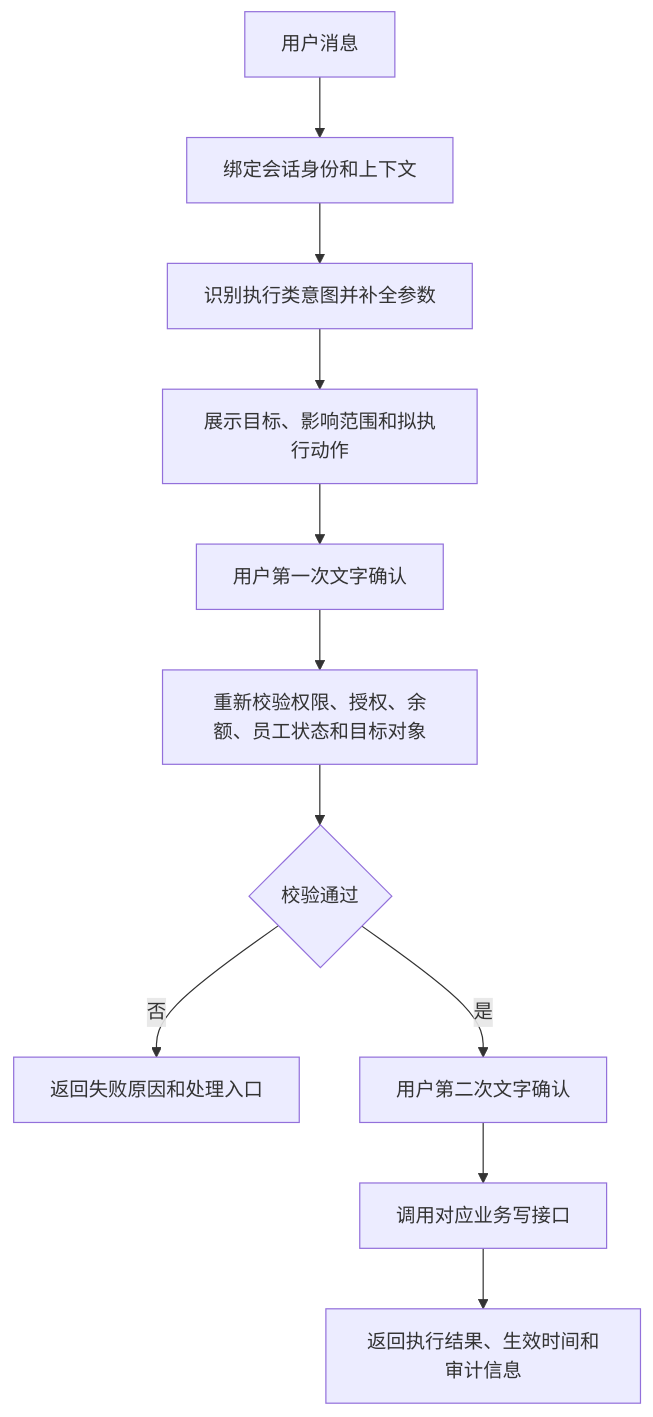
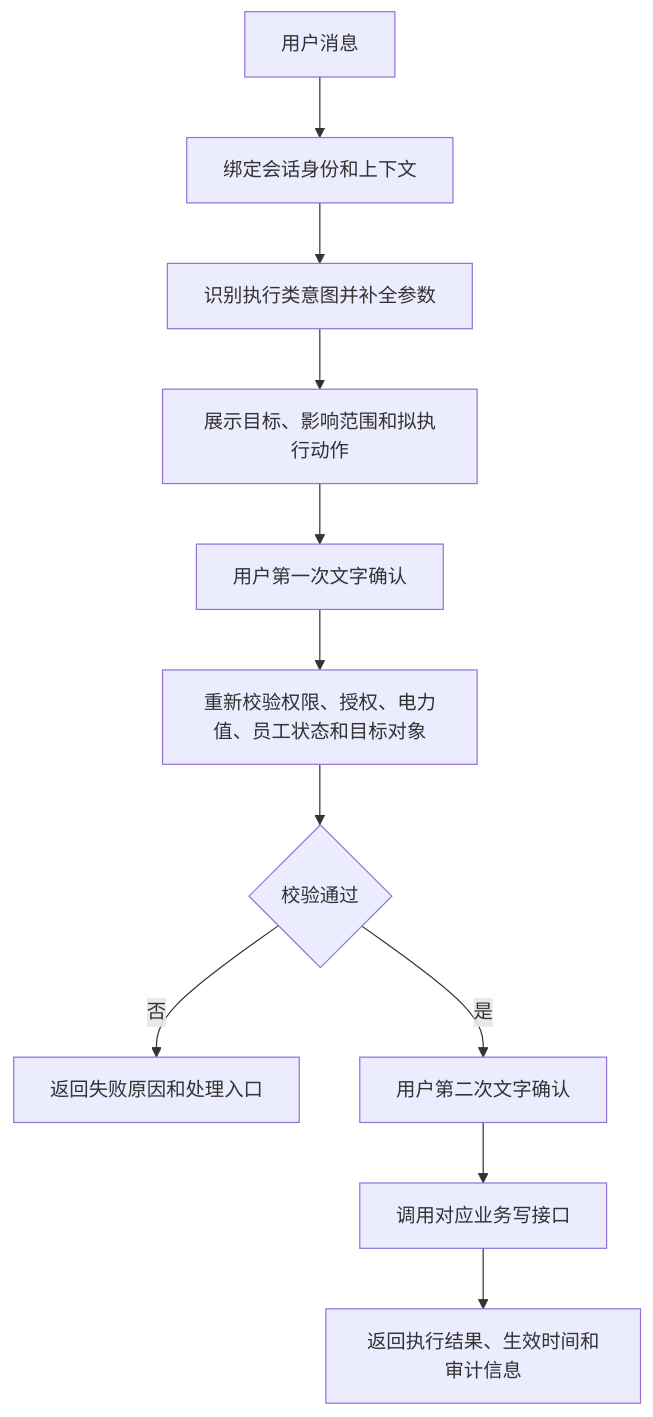
One commit to hunterandrabbits-a11y/AI-Army changed the ninth of 9 diagrams in PRD-v1.1-对话逻辑设计方案.md. Above: the diagram before and after it, drawn with Mermaid. The commit also changed other lines of this file and 2 other files, not shown here.

````diff
--- a/PRD-v1.1-对话逻辑设计方案.md
+++ b/PRD-v1.1-对话逻辑设计方案.md
@@ -931,13 +941,13 @@
 ```mermaid
 flowchart TD
     A[用户消息] --> B[绑定会话身份和上下文]
     B --> C[识别执行类意图并补全参数]
     C --> D[展示目标、影响范围和拟执行动作]
     D --> E[用户第一次文字确认]
-    E --> F[重新校验权限、授权、余额、员工状态和目标对象]
+    E --> F[重新校验权限、授权、电力值、员工状态和目标对象]
     F --> G{校验通过}
     G -->|否| H[返回失败原因和处理入口]
     G -->|是| I[用户第二次文字确认]
     I --> J[调用对应业务写接口]
     J --> K[返回执行结果、生效时间和审计信息]
 ```
````
